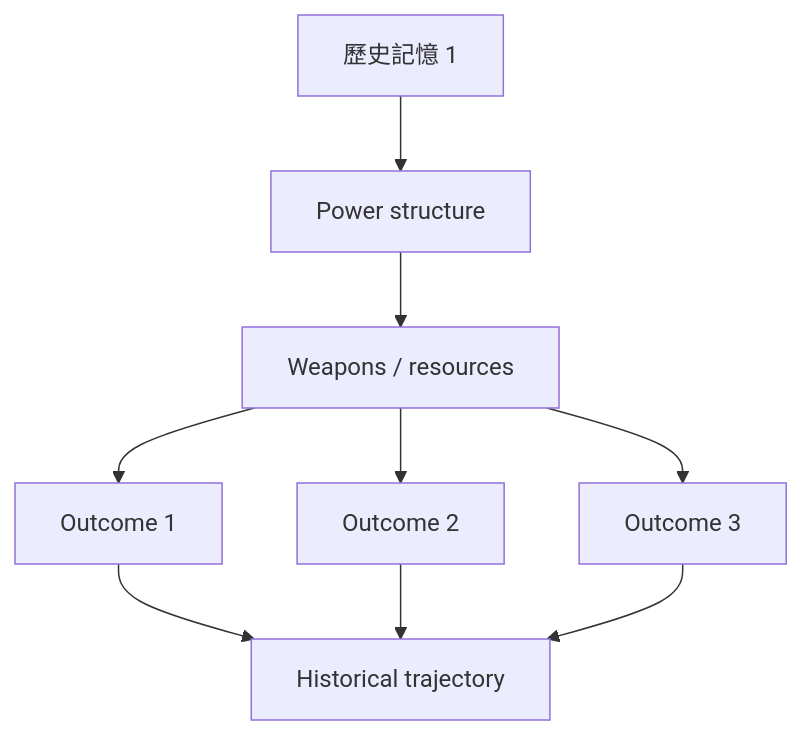
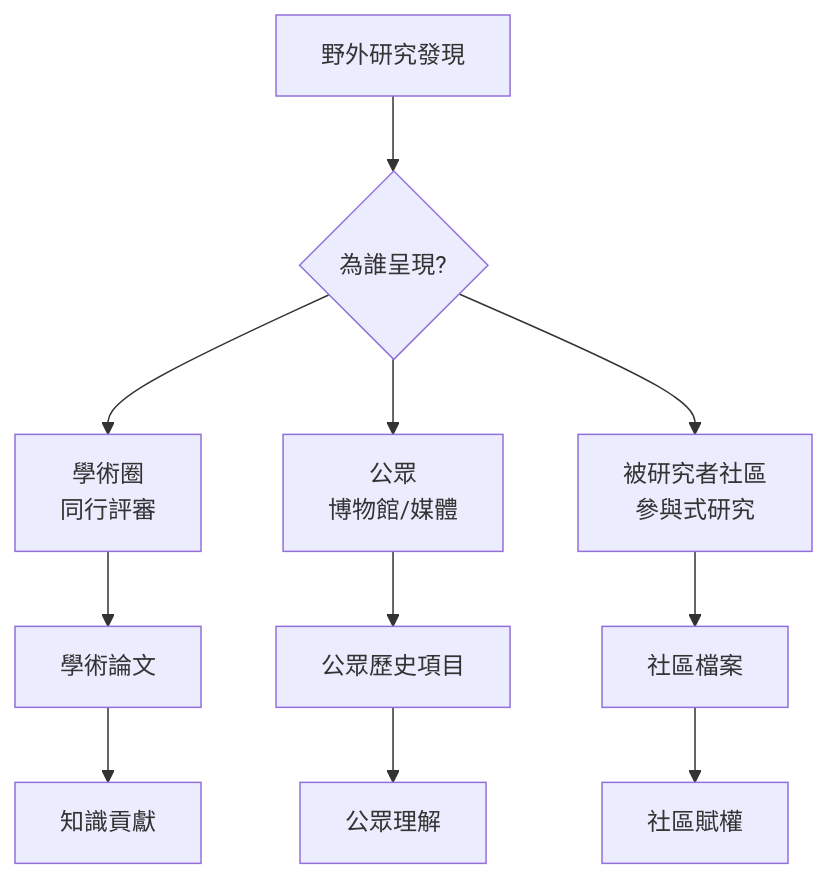
The fifth of 10 diagrams in 01_HKU_Courses/HIST4028_History_without_Borders.md (yip-lgtm/HKU-Harvard-History-Self-Study), drawn with Mermaid before and after one commit. The commit also changed other lines of this file and 65 other files, not shown here.

````diff
--- a/01_HKU_Courses/HIST4028_History_without_Borders.md
+++ b/01_HKU_Courses/HIST4028_History_without_Borders.md
@@ -263,11 +281,13 @@
 ```mermaid
-graph TD
-    A[歷史記憶 1] --> B[Power structure]
-    B --> C[Weapons / resources]
-    C --> D[Outcome 1]
-    C --> E[Outcome 2]
-    C --> F[Outcome 3]
-    D --> G[Historical trajectory]
-    E --> G
-    F --> G
+flowchart TD
+    A[野外研究發現] --> B{為誰呈現?}
+    B --> C[學術圈<br/>同行評審]
+    B --> D[公眾<br/>博物館/媒體]
+    B --> E[被研究者社區<br/>參與式研究]
+    C --> F[學術論文]
+    D --> G[公眾歷史項目]
+    E --> H[社區檔案]
+    F --> I[知識貢獻]
+    G --> J[公眾理解]
+    H --> K[社區賦權]
 ```
````
